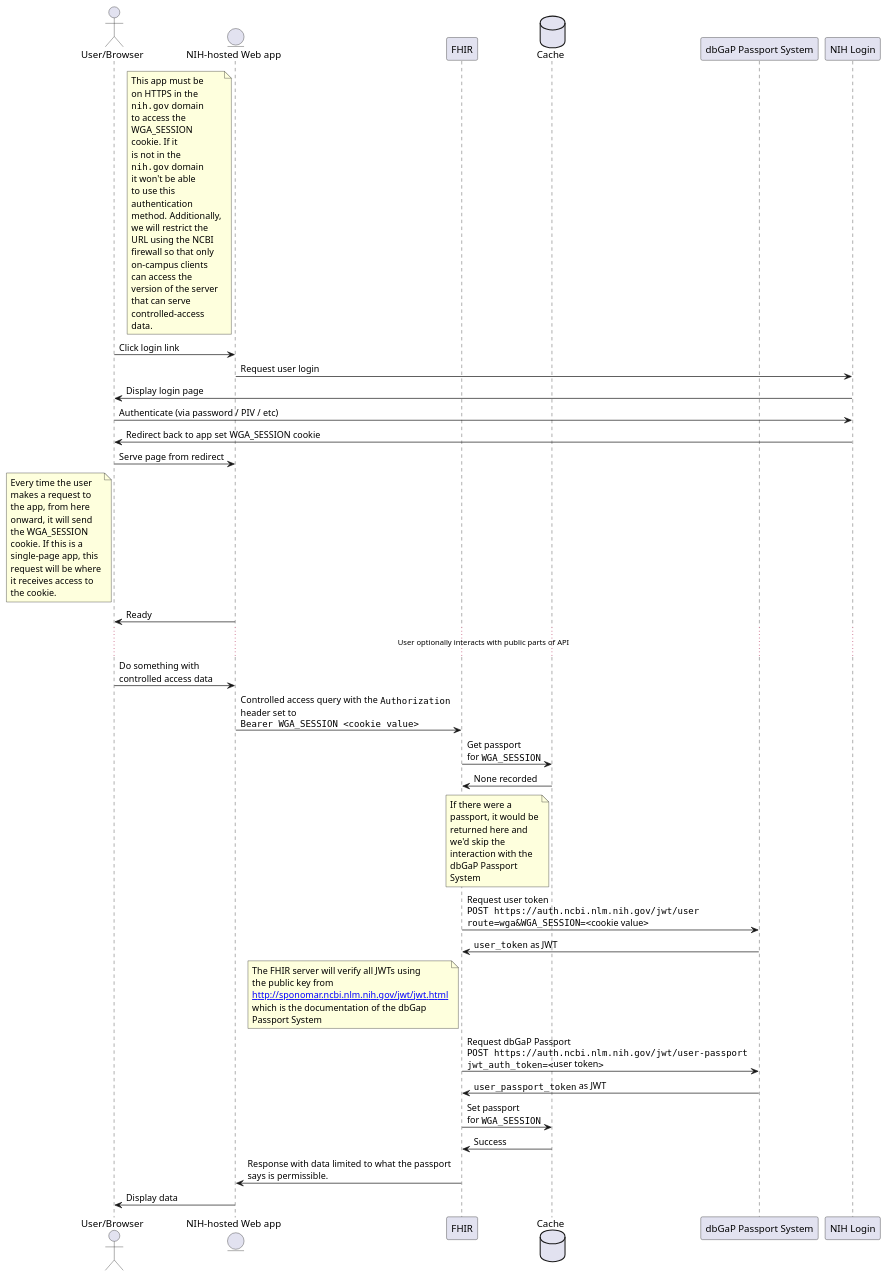
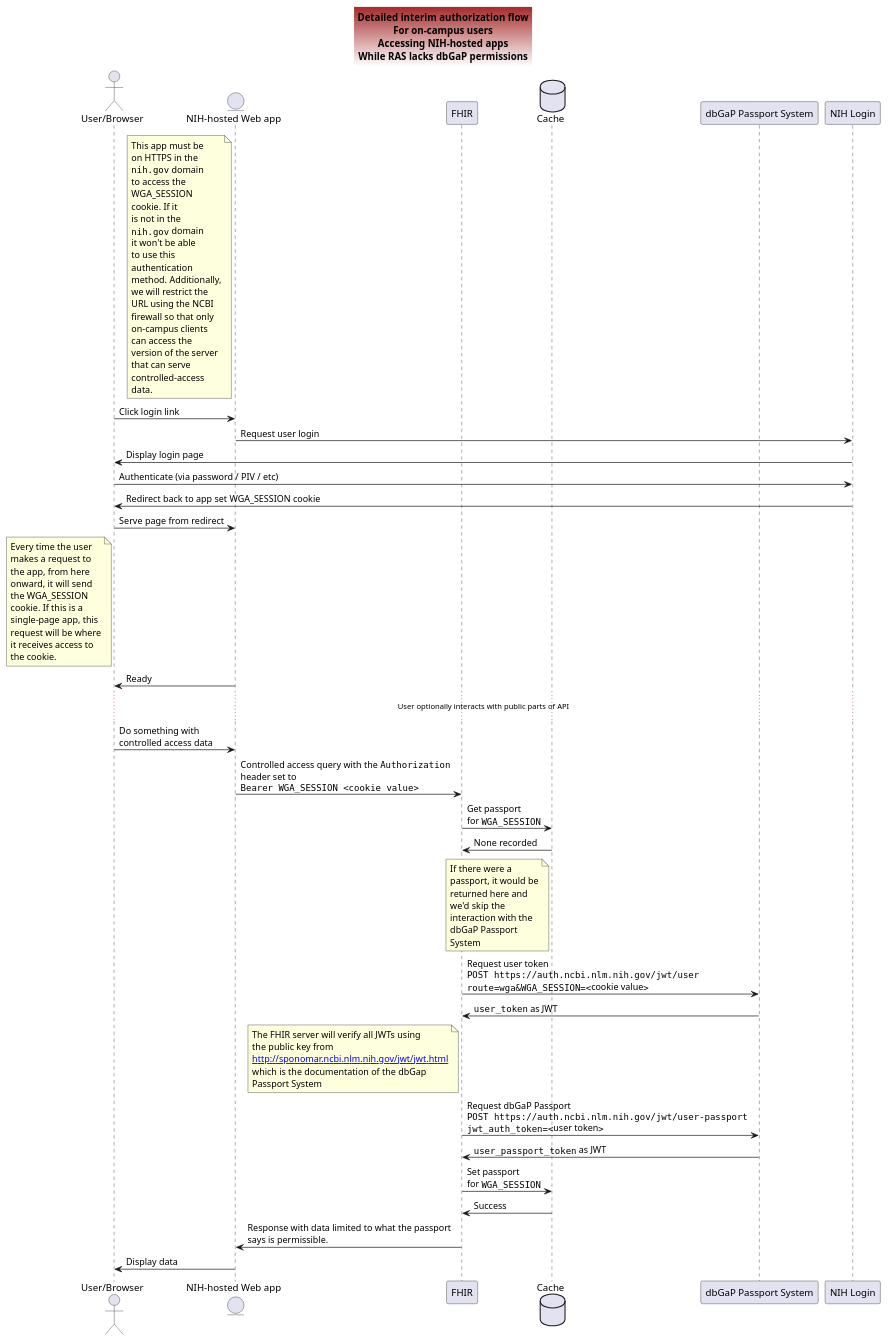
One commit to RadixSeven/RAS-FHIR-Flow changed the diagram in uml/wga_session_flow.plantuml. Above: the diagram before and after it, drawn with PlantUML.

Commit message:
Add title box

```diff
--- a/uml/wga_session_flow.plantuml
+++ b/uml/wga_session_flow.plantuml
@@ -1,89 +1,100 @@
 @startuml "wga_session_flow"
 ''''''''''''''''''
 'This is a proposed interim flow to use while we wait for full authorization solutions to come online
 '
 'It uses authentication to do authorization but is limited to users in the nih domain, so it should be OK as a
 'temporary measure.
 ''''''''''''''''''
+skinparam titleBackgroundColor Brown-White
+skinparam titleBorderThickness 1
+
+title
+Detailed interim authorization flow
+For on-campus users
+Accessing NIH-hosted apps
+While RAS lacks dbGaP permissions
+end title
+
+
 actor "User/Browser" as User
 entity "NIH-hosted Web app" as App
 participant "FHIR" as Fhir
 database "Cache" as Cache
 participant "dbGaP Passport System" as dbGap
 participant "NIH Login" as NihLogin
 
 note left of App
 This app must be
 on HTTPS in the
 ""nih.gov"" domain
 to access the
 WGA_SESSION
 cookie. If it
 is not in the
 ""nih.gov"" domain
 it won't be able
 to use this
 authentication
 method. Additionally,
 we will restrict the
 URL using the NCBI
 firewall so that only
 on-campus clients
 can access the
 version of the server
 that can serve
 controlled-access
 data.
 end note
 
 User -> App : Click login link
 App -> NihLogin : Request user login
 NihLogin -> User: Display login page
 User -> NihLogin: Authenticate (via password / PIV / etc)
 NihLogin -> User: Redirect back to app set WGA_SESSION cookie
 User -> App: Serve page from redirect
 note left of User
 Every time the user
 makes a request to
 the app, from here
 onward, it will send
 the WGA_SESSION
 cookie. If this is a
 single-page app, this
 request will be where
 it receives access to
 the cookie.
 end note
 App -> User : Ready
 
 ... User optionally interacts with public parts of API ...
 
 User -> App: Do something with\ncontrolled access data
 App -> Fhir: Controlled access query with the ""Authorization""\nheader set to\n""Bearer WGA_SESSION <cookie value>""
 Fhir -> Cache: Get passport\nfor ""WGA_SESSION""
 Cache -> Fhir: None recorded
 note left of Cache
 If there were a
 passport, it would be
 returned here and
 we'd skip the
 interaction with the
 dbGaP Passport
 System
 end note
 Fhir -> dbGap: Request user token\n""POST https://auth.ncbi.nlm.nih.gov/jwt/user""\n""route=wga&WGA_SESSION=<""cookie value"">""
 dbGap -> Fhir: ""user_token"" as JWT
 note left of Fhir
 The FHIR server will verify all JWTs using
 the public key from
 [[http://sponomar.ncbi.nlm.nih.gov/jwt/jwt.html]]
 which is the documentation of the dbGap
 Passport System
 end note
 Fhir -> dbGap: Request dbGaP Passport\n""POST https://auth.ncbi.nlm.nih.gov/jwt/user-passport""\n""jwt_auth_token=<""user token"">""
 dbGap -> Fhir: ""user_passport_token"" as JWT
 Fhir -> Cache: Set passport\nfor ""WGA_SESSION""
 Cache -> Fhir: Success
 Fhir -> App: Response with data limited to what the passport\nsays is permissible.
 App -> User: Display data
 @enduml
```
